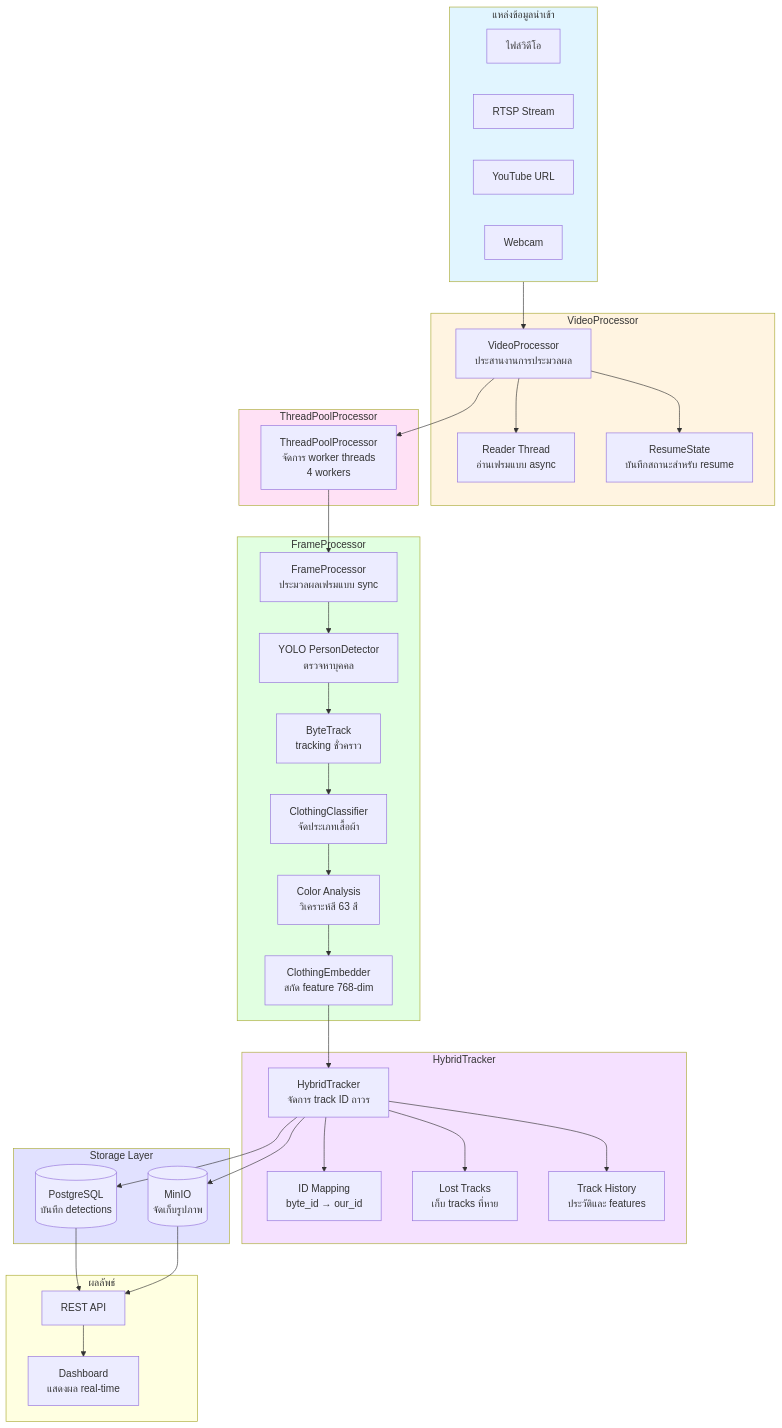
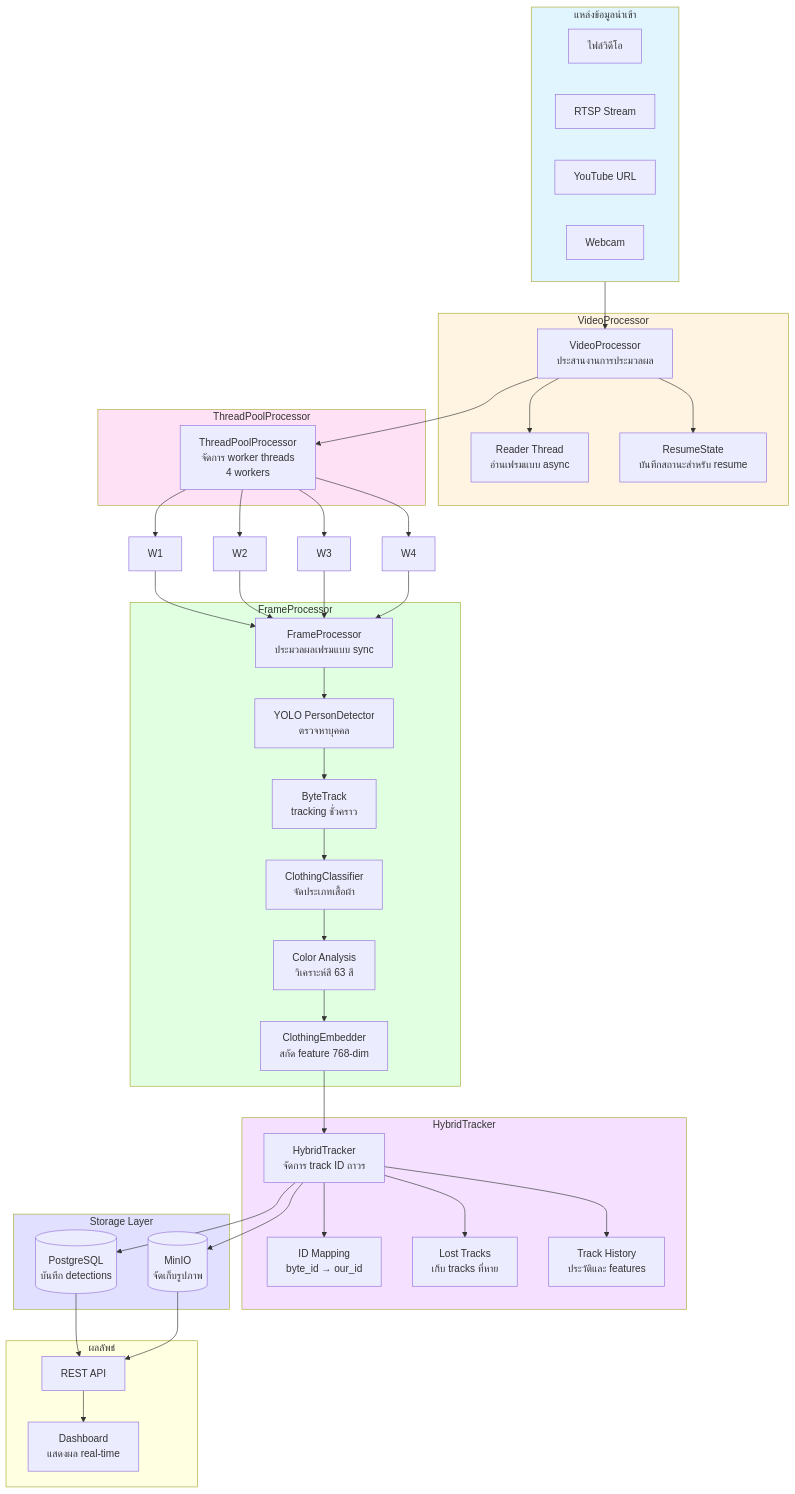
Before and after one commit to water50m/tracker_person_2: the diagram in my-thesis-report/figure_3_1_system_architecture.md, drawn with Mermaid. The commit also changed 50 other files, not shown here.

Commit message:
checkpoint before production clothing flow

````diff
--- a/my-thesis-report/figure_3_1_system_architecture.md
+++ b/my-thesis-report/figure_3_1_system_architecture.md
@@ -3,73 +3,80 @@
 ```mermaid
 graph TB
     subgraph InputSources["แหล่งข้อมูลนำเข้า"]
         VideoFile[ไฟล์วิดีโอ]
         RTSP[RTSP Stream]
         YouTube[YouTube URL]
         Webcam[Webcam]
     end
 
     subgraph VideoProcessor["VideoProcessor"]
         VP[VideoProcessor<br/>ประสานงานการประมวลผล]
         ReaderThread[Reader Thread<br/>อ่านเฟรมแบบ async]
         ResumeState[ResumeState<br/>บันทึกสถานะสำหรับ resume]
     end
 
     subgraph ThreadPool["ThreadPoolProcessor"]
         TP[ThreadPoolProcessor<br/>จัดการ worker threads<br/>4 workers]
     end
 
     subgraph FrameProcessor["FrameProcessor"]
         FP[FrameProcessor<br/>ประมวลผลเฟรมแบบ sync]
         YOLO[YOLO PersonDetector<br/>ตรวจหาบุคคล]
         ByteTrack[ByteTrack<br/>tracking ชั่วคราว]
         Classifier[ClothingClassifier<br/>จัดประเภทเสื้อผ้า]
         ColorAnalyzer[Color Analysis<br/>วิเคราะห์สี 63 สี]
         Embedder[ClothingEmbedder<br/>สกัด feature 768-dim]
     end
 
     subgraph HybridTracker["HybridTracker"]
         HT[HybridTracker<br/>จัดการ track ID ถาวร]
         IDMapping[ID Mapping<br/>byte_id → our_id]
         LostTracks[Lost Tracks<br/>เก็บ tracks ที่หาย]
         TrackHistory[Track History<br/>ประวัติและ features]
     end
 
     subgraph Storage["Storage Layer"]
         DB[(PostgreSQL<br/>บันทึก detections)]
         MinIO[(MinIO<br/>จัดเก็บรูปภาพ)]
     end
 
     subgraph Output["ผลลัพธ์"]
         API[REST API]
         Dashboard[Dashboard<br/>แสดงผล real-time]
     end
 
     InputSources --> VP
     VP --> ReaderThread
     VP --> ResumeState
     VP --> TP
-    TP --> FP
+    TP --> W1
+    TP --> W2
+    TP --> W3
+    TP --> W4
+    W1 --> FP
+    W2 --> FP
+    W3 --> FP
+    W4 --> FP
     FP --> YOLO
     YOLO --> ByteTrack
     ByteTrack --> Classifier
     Classifier --> ColorAnalyzer
     ColorAnalyzer --> Embedder
     Embedder --> HT
     HT --> IDMapping
     HT --> LostTracks
     HT --> TrackHistory
     HT --> DB
     HT --> MinIO
     DB --> API
     MinIO --> API
     API --> Dashboard
 
     style InputSources fill:#e1f5ff
     style VideoProcessor fill:#fff4e1
     style ThreadPool fill:#ffe1f5
     style FrameProcessor fill:#e1ffe1
     style HybridTracker fill:#f5e1ff
     style Storage fill:#e1e1ff
     style Output fill:#ffffe1
 ```
````
